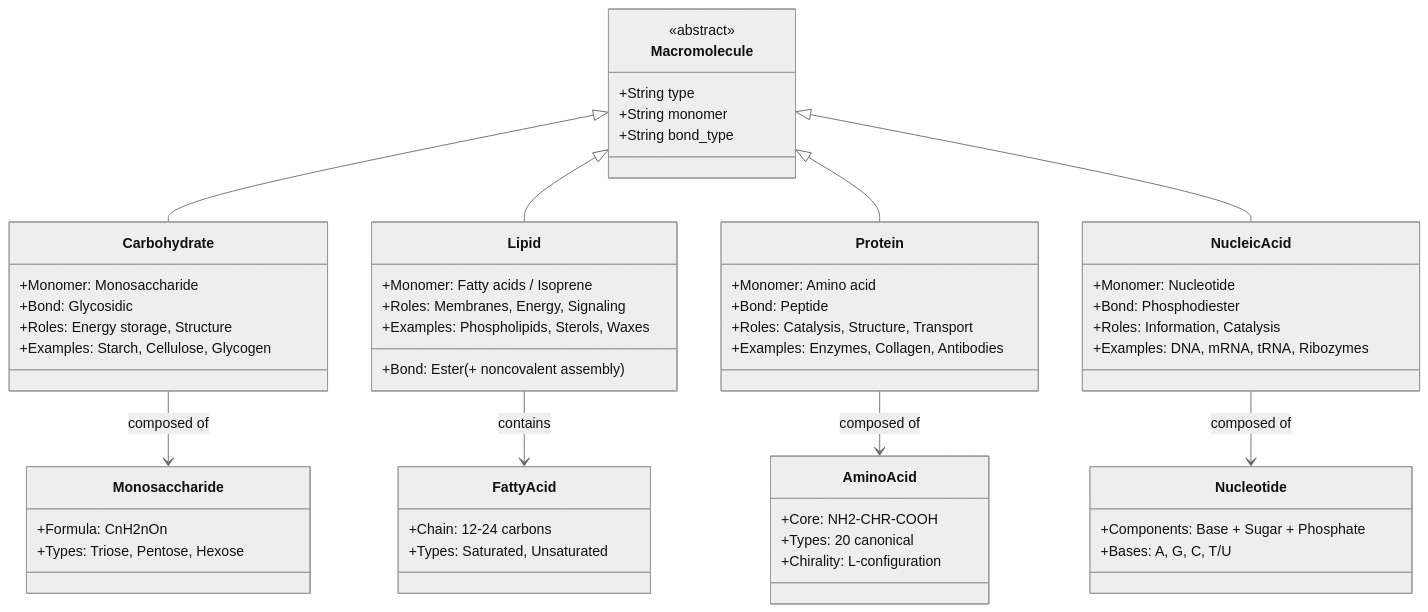
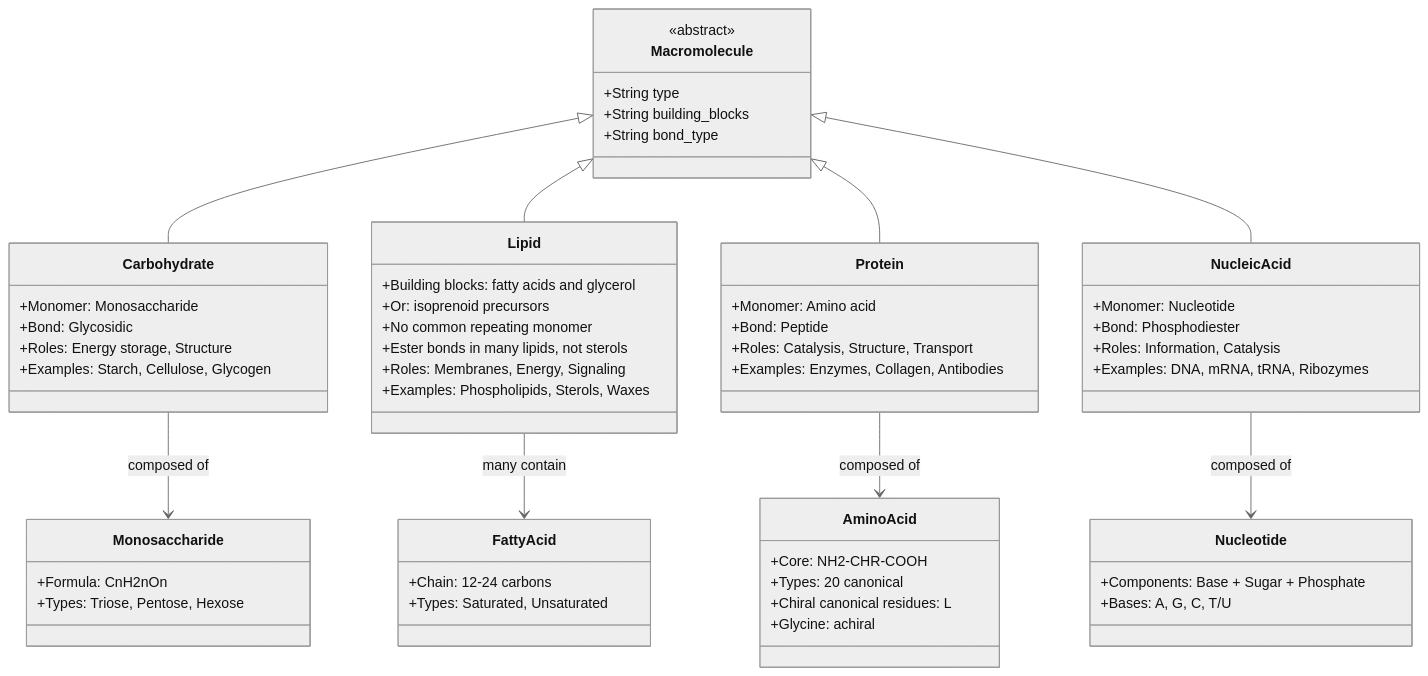
One commit to docxology/biology_textbook changed the first of 5 diagrams in docs/manuscript/unit_I/macromolecules.md. Above: the diagram before and after it, drawn with Mermaid (neutral theme). The commit also changed other lines of this file and 444 other files, not shown here.

````diff
--- a/docs/manuscript/unit_I/macromolecules.md
+++ b/docs/manuscript/unit_I/macromolecules.md
@@ -70,68 +70,71 @@
 ```mermaid
 classDiagram
     class Macromolecule {
         <<abstract>>
         +String type
-        +String monomer
+        +String building_blocks
         +String bond_type
     }
 
     class Carbohydrate {
         +Monomer: Monosaccharide
         +Bond: Glycosidic
         +Roles: Energy storage, Structure
         +Examples: Starch, Cellulose, Glycogen
     }
 
     class Lipid {
-        +Monomer: Fatty acids / Isoprene
-        +Bond: Ester (+ noncovalent assembly)
+        +Building blocks: fatty acids and glycerol
+        +Or: isoprenoid precursors
+        +No common repeating monomer
+        +Ester bonds in many lipids, not sterols
         +Roles: Membranes, Energy, Signaling
         +Examples: Phospholipids, Sterols, Waxes
     }
 
     class Protein {
         +Monomer: Amino acid
         +Bond: Peptide
         +Roles: Catalysis, Structure, Transport
         +Examples: Enzymes, Collagen, Antibodies
     }
 
     class NucleicAcid {
         +Monomer: Nucleotide
         +Bond: Phosphodiester
         +Roles: Information, Catalysis
         +Examples: DNA, mRNA, tRNA, Ribozymes
     }
 
     Macromolecule <|-- Carbohydrate
     Macromolecule <|-- Lipid
     Macromolecule <|-- Protein
     Macromolecule <|-- NucleicAcid
 
     class Monosaccharide {
         +Formula: CnH2nOn
         +Types: Triose, Pentose, Hexose
     }
 
     class AminoAcid {
         +Core: NH2-CHR-COOH
         +Types: 20 canonical
-        +Chirality: L-configuration
+        +Chiral canonical residues: L
+        +Glycine: achiral
     }
 
     class Nucleotide {
         +Components: Base + Sugar + Phosphate
         +Bases: A, G, C, T/U
     }
 
     class FattyAcid {
         +Chain: 12-24 carbons
         +Types: Saturated, Unsaturated
     }
 
     Carbohydrate --> Monosaccharide : composed of
     Protein --> AminoAcid : composed of
     NucleicAcid --> Nucleotide : composed of
-    Lipid --> FattyAcid : contains
+    Lipid --> FattyAcid : many contain
 ```
````
